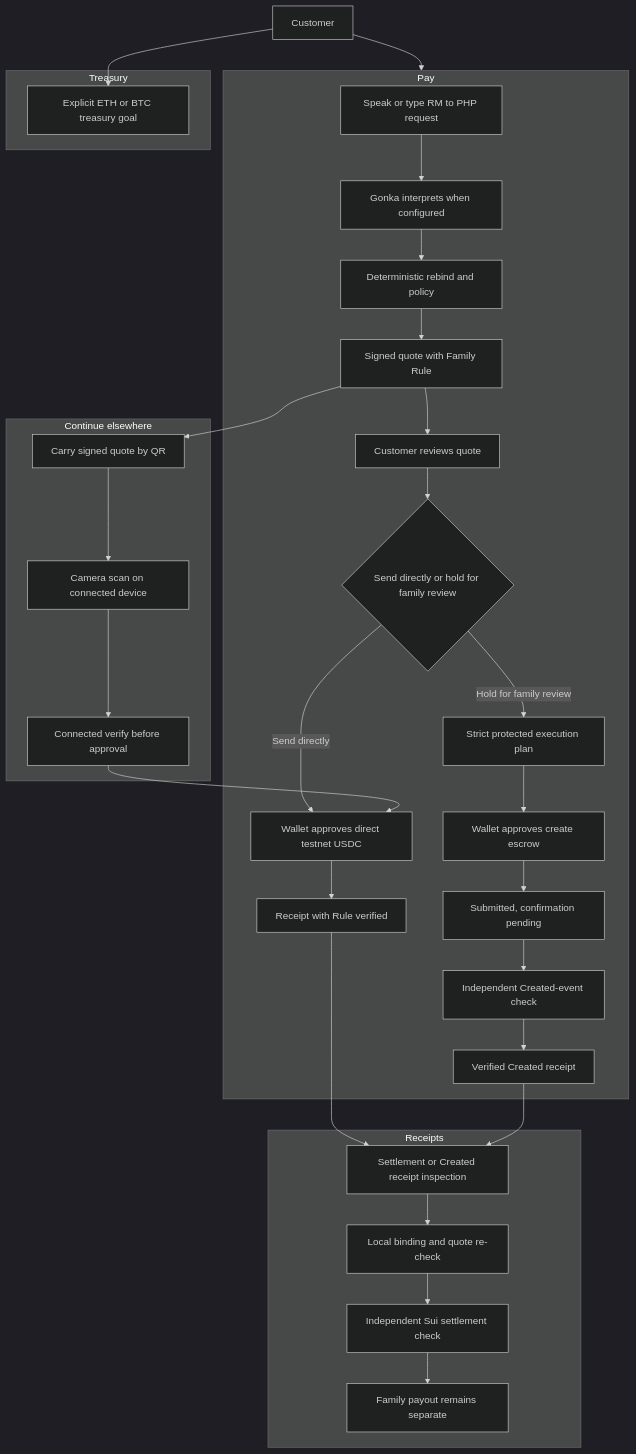
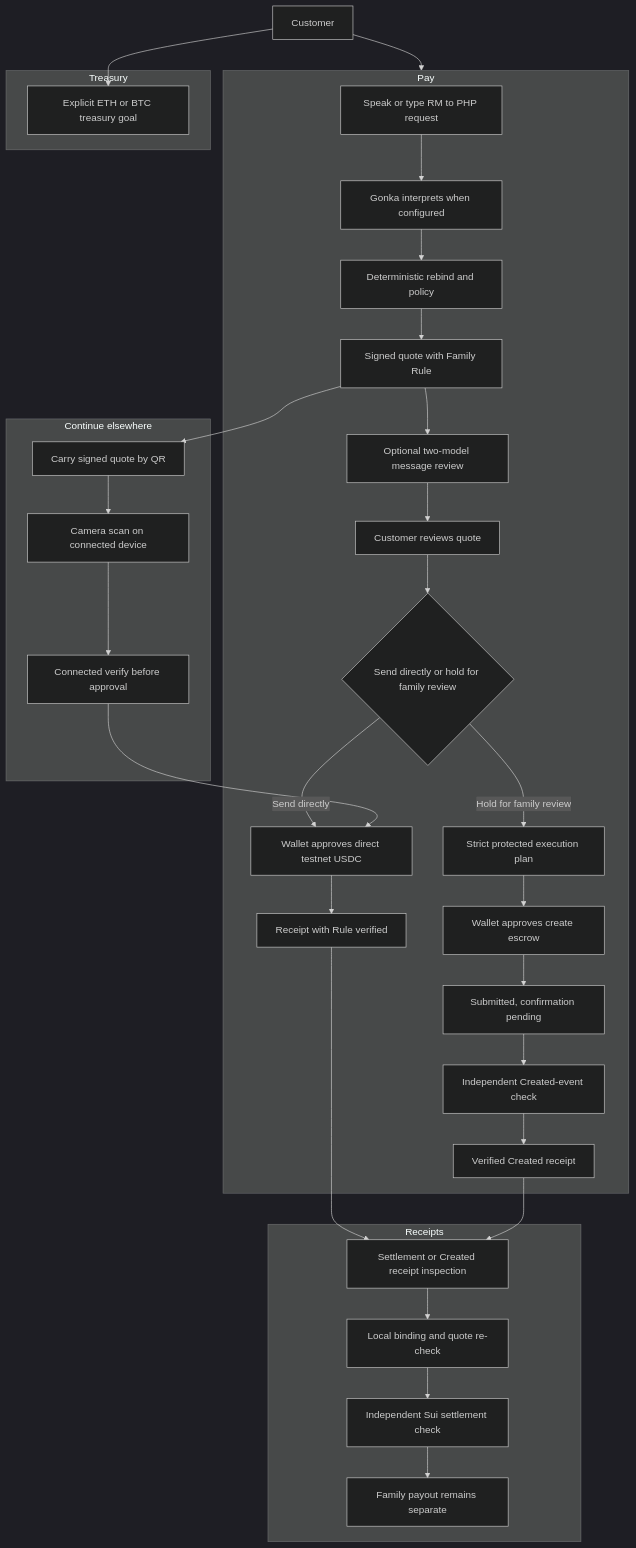
The first of 4 diagrams in README.md (MUBA-Hack/convey-sui), drawn with Mermaid (dark theme) before and after one commit. The commit also changed other lines of this file and 15 other files, not shown here.

Commit message:
Add two-model family message review

````diff
--- a/README.md
+++ b/README.md
@@ -458,49 +493,50 @@
 ```mermaid
 flowchart TB
   Customer["Customer"]
 
   subgraph Pay["Pay"]
     Request["Speak or type RM to PHP request"]
     Interpret["Gonka interprets when configured"]
     Rebind["Deterministic rebind and policy"]
     Quote["Signed quote with Family Rule"]
+    Steward["Optional two-model message review"]
     Review["Customer reviews quote"]
     Choice{"Send directly or hold for family review"}
     DirectWallet["Wallet approves direct testnet USDC"]
     HoldPlan["Strict protected execution plan"]
     HoldWallet["Wallet approves create escrow"]
     Receipt["Receipt with Rule verified"]
     HoldPending["Submitted, confirmation pending"]
     CreatedCheck["Independent Created-event check"]
     HoldReceipt["Verified Created receipt"]
-    Request --> Interpret --> Rebind --> Quote --> Review --> Choice
+    Request --> Interpret --> Rebind --> Quote --> Steward --> Review --> Choice
     Choice -->|Send directly| DirectWallet --> Receipt
     Choice -->|Hold for family review| HoldPlan --> HoldWallet --> HoldPending --> CreatedCheck --> HoldReceipt
   end
 
   subgraph Carry["Continue elsewhere"]
     Qr["Carry signed quote by QR"]
     Scan["Camera scan on connected device"]
     QuoteCheck["Connected verify before approval"]
     Qr --> Scan --> QuoteCheck
   end
 
   subgraph Protect["Treasury"]
     Eth["Explicit ETH or BTC treasury goal"]
   end
 
   subgraph ReceiptsArea["Receipts"]
     ReceiptReview["Settlement or Created receipt inspection"]
     ReceiptEvidence["Local binding and quote re-check"]
     SuiCheck["Independent Sui settlement check"]
     PayoutState["Family payout remains separate"]
     ReceiptReview --> ReceiptEvidence --> SuiCheck --> PayoutState
   end
 
   Customer --> Pay
   Quote --> Qr
   QuoteCheck --> DirectWallet
   Customer --> Eth
   Receipt --> ReceiptReview
   HoldReceipt --> ReceiptReview
 ```
````
